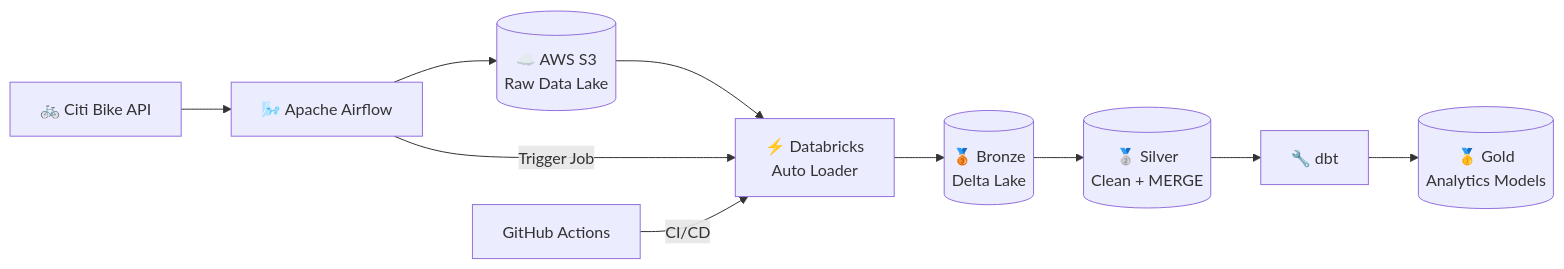
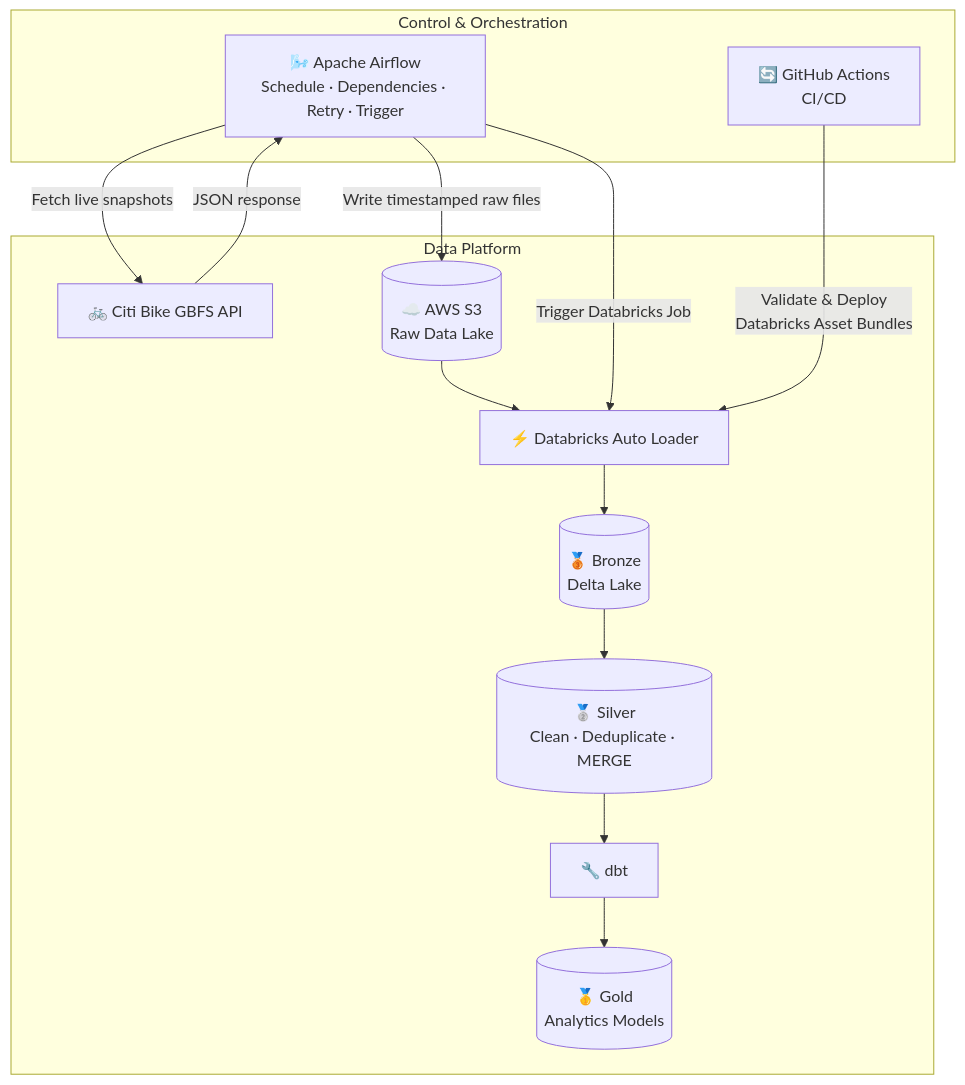
The first of 3 diagrams in README.md (Tom0809/citibike-data-platform), drawn with Mermaid before and after one commit. The commit also changed other lines of this file, not shown here.

````diff
--- a/README.md
+++ b/README.md
@@ -13,13 +13,31 @@
 ```mermaid
-flowchart LR
-    A["🚲 Citi Bike API"] --> B["🌬️ Apache Airflow"]
-    B --> C[("☁️ AWS S3<br/>Raw Data Lake")]
-    C --> D["⚡ Databricks<br/>Auto Loader"]
-    D --> E[("🥉 Bronze<br/>Delta Lake")]
-    E --> F[("🥈 Silver<br/>Clean + MERGE")]
-    F --> G["🔧 dbt"]
-    G --> H[("🥇 Gold<br/>Analytics Models")]
+flowchart TB
 
-    B -->|"Trigger Job"| D
-    I["GitHub Actions"] -->|"CI/CD"| D
+    subgraph CONTROL["Control & Orchestration"]
+        AF["🌬️ Apache Airflow<br/>Schedule · Dependencies · Retry · Trigger"]
+        CI["🔄 GitHub Actions<br/>CI/CD"]
+    end
+
+    subgraph DATA["Data Platform"]
+        API["🚲 Citi Bike GBFS API"]
+        S3[("☁️ AWS S3<br/>Raw Data Lake")]
+        AL["⚡ Databricks Auto Loader"]
+        B[("🥉 Bronze<br/>Delta Lake")]
+        S[("🥈 Silver<br/>Clean · Deduplicate · MERGE")]
+        DBT["🔧 dbt"]
+        G[("🥇 Gold<br/>Analytics Models")]
+    end
+
+    AF -->|"Fetch live snapshots"| API
+    API -->|"JSON response"| AF
+    AF -->|"Write timestamped raw files"| S3
+
+    S3 --> AL
+    AL --> B
+    B --> S
+    S --> DBT
+    DBT --> G
+
+    AF -->|"Trigger Databricks Job"| AL
+    CI -->|"Validate & Deploy<br/>Databricks Asset Bundles"| AL
 ```
````
